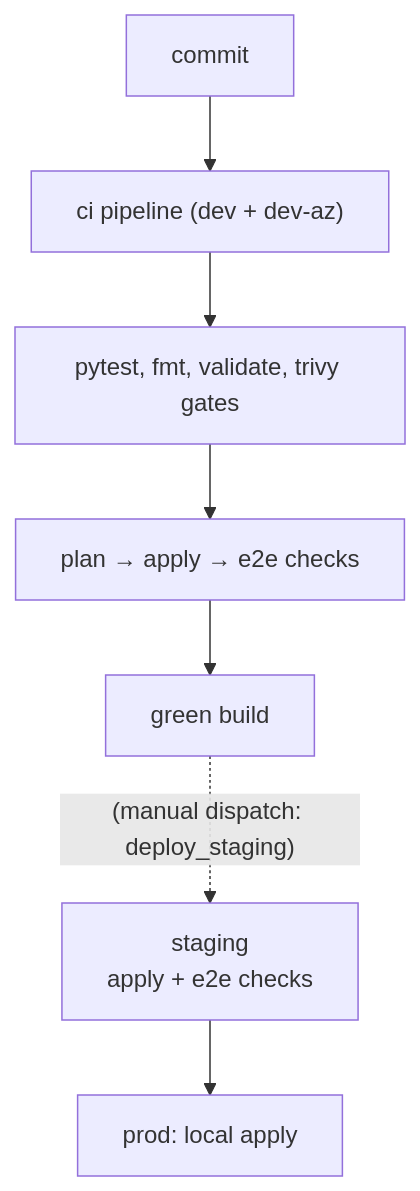
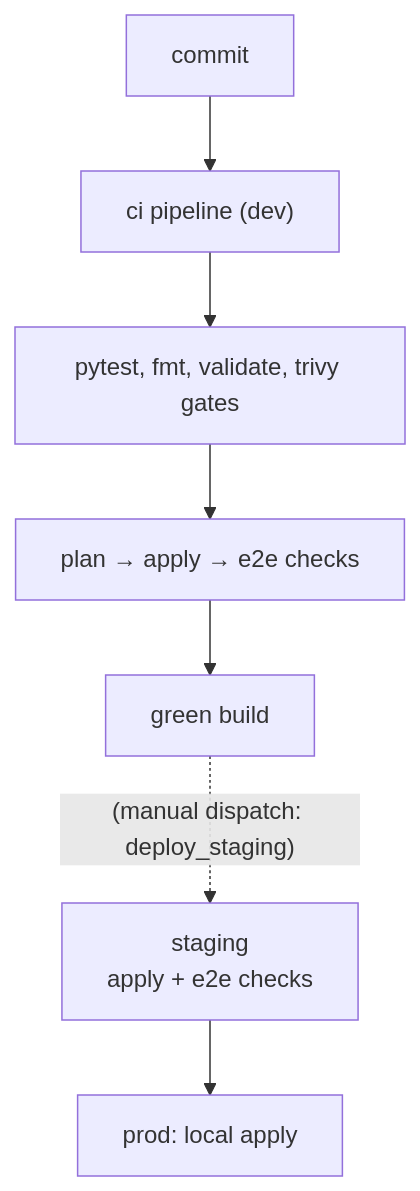
Before and after one commit to cyber-pnl/CloudForge: the diagram in docs/04-devops/deployment-strategy.md, drawn with Mermaid. The commit also changed other lines of this file and 6 other files, not shown here.

````diff
--- a/docs/04-devops/deployment-strategy.md
+++ b/docs/04-devops/deployment-strategy.md
@@ -27,13 +27,13 @@
 ```mermaid
 flowchart TD
     Commit[commit]
-    CI["ci pipeline (dev + dev-az)"]
+    CI["ci pipeline (dev)"]
     GATES["pytest, fmt, validate, trivy gates"]
     ALSO["plan → apply → e2e checks"]
     GREEN[green build]
     STAGE["staging<br/>apply + e2e checks"]
     PROD["prod: local apply"]
 
     Commit --> CI --> GATES --> ALSO --> GREEN
     GREEN -. "(manual dispatch: deploy_staging)" .-> STAGE --> PROD
 ```
````
